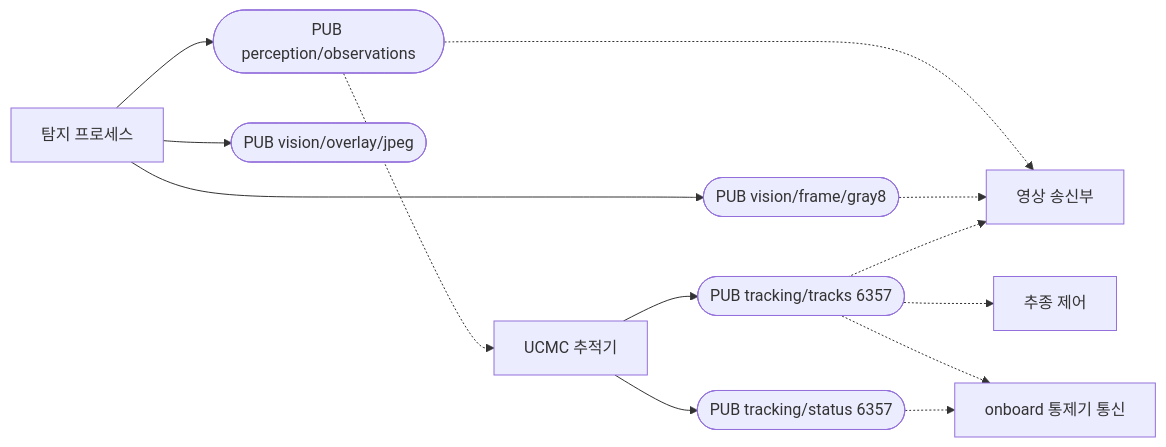
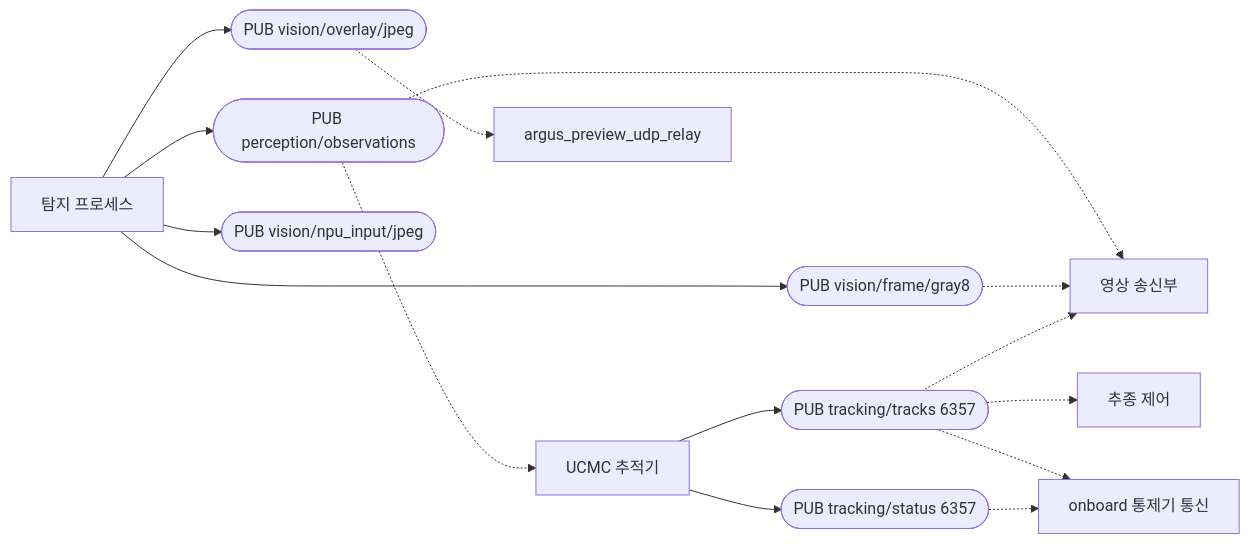
Before and after one commit to lig-argus/argus-edge-vision: the first of 4 diagrams in docs/design/uml/component.md, drawn with Mermaid. The commit also changed other lines of this file and 7 other files, not shown here.

First line of the commit message:
docs: UML 에 탐지 담당 리뷰와 vehicle_api 타깃 분리 반영

````diff
--- a/docs/design/uml/component.md
+++ b/docs/design/uml/component.md
@@ -15,28 +15,32 @@
 ```mermaid
 flowchart LR
     vision[탐지 프로세스]
     tracker[UCMC 추적기]
     follow[추종 제어]
     gcs_link[onboard 통제기 통신]
     vtx[영상 송신부]
+    relay[argus_preview_udp_relay]
 
     i_frame([PUB vision/frame/gray8])
     i_obs([PUB perception/observations])
     i_overlay([PUB vision/overlay/jpeg])
+    i_npu([PUB vision/npu_input/jpeg])
     i_tracks([PUB tracking/tracks 6357])
     i_tstatus([PUB tracking/status 6357])
 
     vision --> i_frame
     vision --> i_obs
     vision --> i_overlay
+    vision --> i_npu
     tracker --> i_tracks
     tracker --> i_tstatus
 
     i_obs -.-> tracker
     i_obs -.-> vtx
     i_frame -.-> vtx
     i_tracks -.-> vtx
     i_tracks -.-> follow
     i_tracks -.-> gcs_link
     i_tstatus -.-> gcs_link
+    i_overlay -.-> relay
 ```
````
